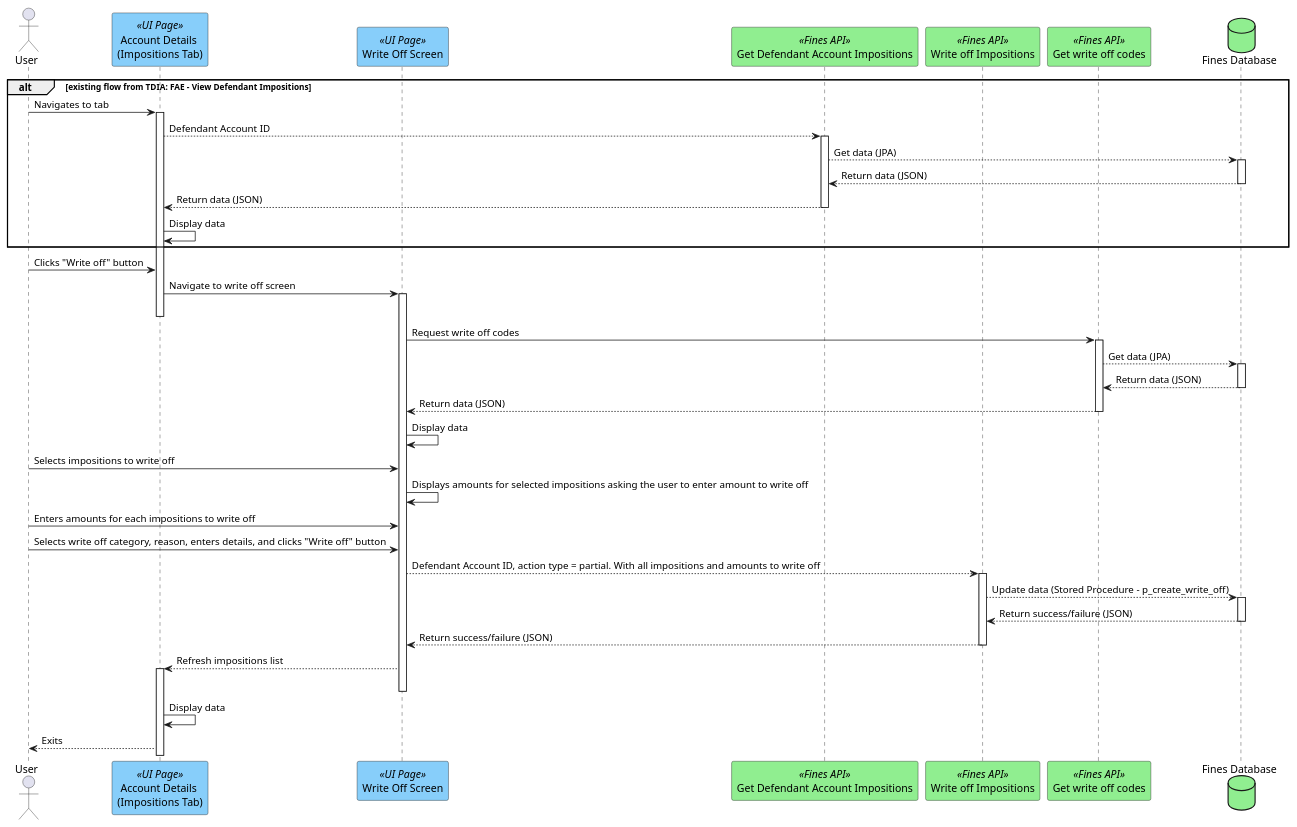
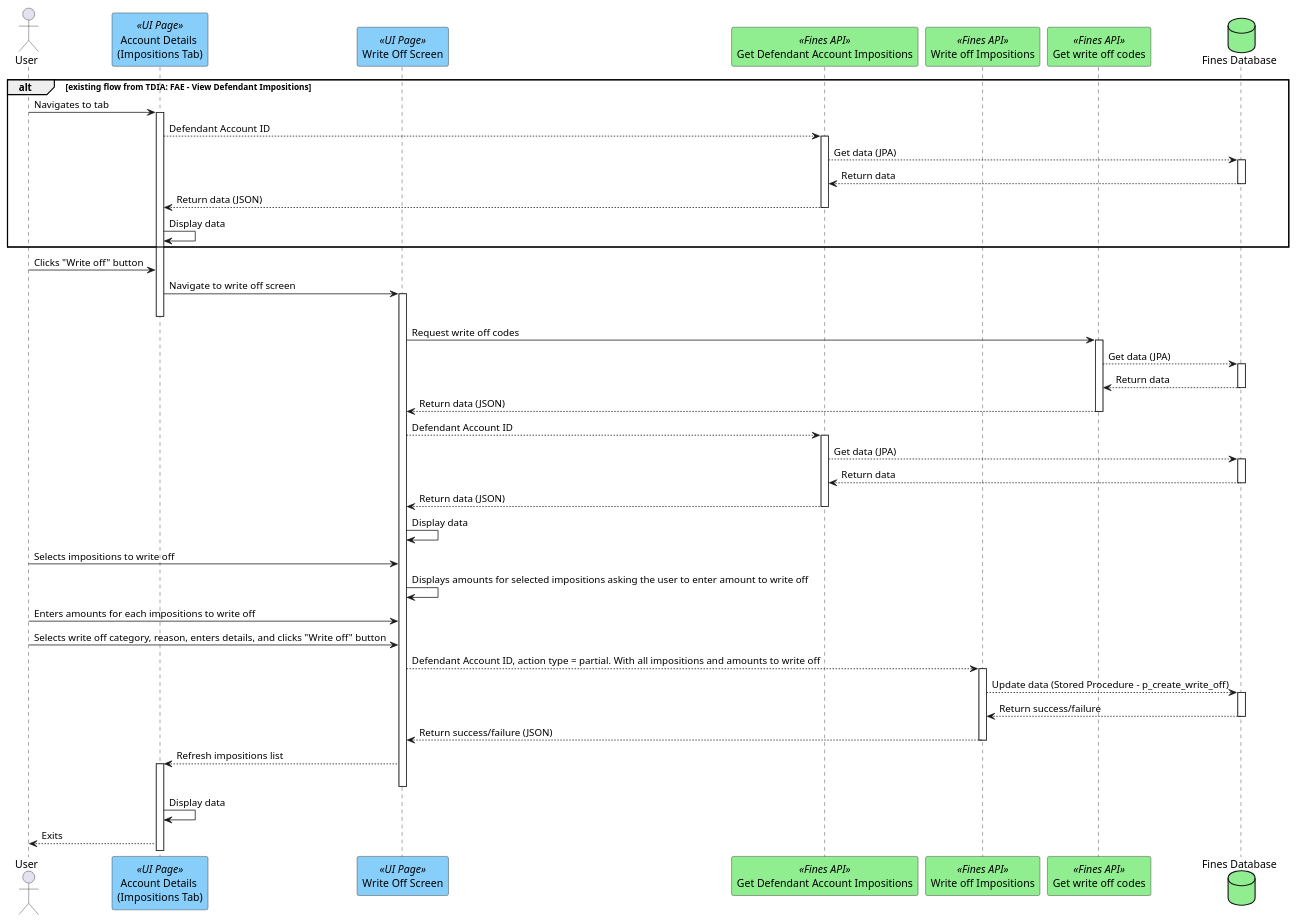
One commit to hmcts/opal-docs changed the diagram in plantUML/fae-defendant-impositions-write-off/fae-defendant-impositions-partial-write-off.puml. Above: the diagram before and after it, drawn with PlantUML. The commit also changed 1 other file, not shown here.

Commit message:
Updated write off docs

```diff
--- a/plantUML/fae-defendant-impositions-write-off/fae-defendant-impositions-partial-write-off.puml
+++ b/plantUML/fae-defendant-impositions-write-off/fae-defendant-impositions-partial-write-off.puml
@@ -1,41 +1,48 @@
 @startuml
 actor User
 participant "Account Details \n(Impositions Tab)" as viewImpositionsTab <<UI Page>> #lightskyblue
 participant "Write Off Screen" as viewWriteOffScreen <<UI Page>> #lightskyblue
 participant "Get Defendant Account Impositions" as getImpositions <<Fines API>> #lightgreen
 participant "Write off Impositions" as writeOffImpositions <<Fines API>> #lightgreen
 participant "Get write off codes" as getWriteOffCodes <<Fines API>> #lightgreen
 database "Fines Database" as db #lightgreen
 
 alt existing flow from TDIA: FAE - View Defendant Impositions
 User -> viewImpositionsTab ++ : Navigates to tab
 viewImpositionsTab --> getImpositions ++ : Defendant Account ID
 getImpositions --> db ++ : Get data (JPA)
-db --> getImpositions -- : Return data (JSON)
+db --> getImpositions -- : Return data
 getImpositions --> viewImpositionsTab --: Return data (JSON)
 viewImpositionsTab -> viewImpositionsTab : Display data
 getImpositions --
 end
 User -> viewImpositionsTab : Clicks "Write off" button
 viewImpositionsTab -> viewWriteOffScreen ++ : Navigate to write off screen
 viewImpositionsTab--
 viewWriteOffScreen -> getWriteOffCodes ++ : Request write off codes
 getWriteOffCodes --> db ++ : Get data (JPA)
-db --> getWriteOffCodes -- : Return data (JSON)
+db --> getWriteOffCodes -- : Return data
 getWriteOffCodes --> viewWriteOffScreen -- : Return data (JSON)
+
+viewWriteOffScreen --> getImpositions ++ : Defendant Account ID
+getImpositions --> db ++ : Get data (JPA)
+db --> getImpositions -- : Return data
+getImpositions --> viewWriteOffScreen --: Return data (JSON)
 viewWriteOffScreen -> viewWriteOffScreen : Display data
+getImpositions --
+
 
 User -> viewWriteOffScreen : Selects impositions to write off
 viewWriteOffScreen -> viewWriteOffScreen : Displays amounts for selected impositions asking the user to enter amount to write off
 User -> viewWriteOffScreen : Enters amounts for each impositions to write off
 User -> viewWriteOffScreen : Selects write off category, reason, enters details, and clicks "Write off" button
 
 viewWriteOffScreen --> writeOffImpositions ++ : Defendant Account ID, action type = partial. With all impositions and amounts to write off
 writeOffImpositions --> db ++ : Update data (Stored Procedure - p_create_write_off)
-db --> writeOffImpositions -- : Return success/failure (JSON)
+db --> writeOffImpositions -- : Return success/failure
 writeOffImpositions --> viewWriteOffScreen -- : Return success/failure (JSON)
 viewWriteOffScreen --> viewImpositionsTab ++ : Refresh impositions list
 viewWriteOffScreen--
 viewImpositionsTab -> viewImpositionsTab : Display data
 viewImpositionsTab --> User : Exits
 @enduml
```
